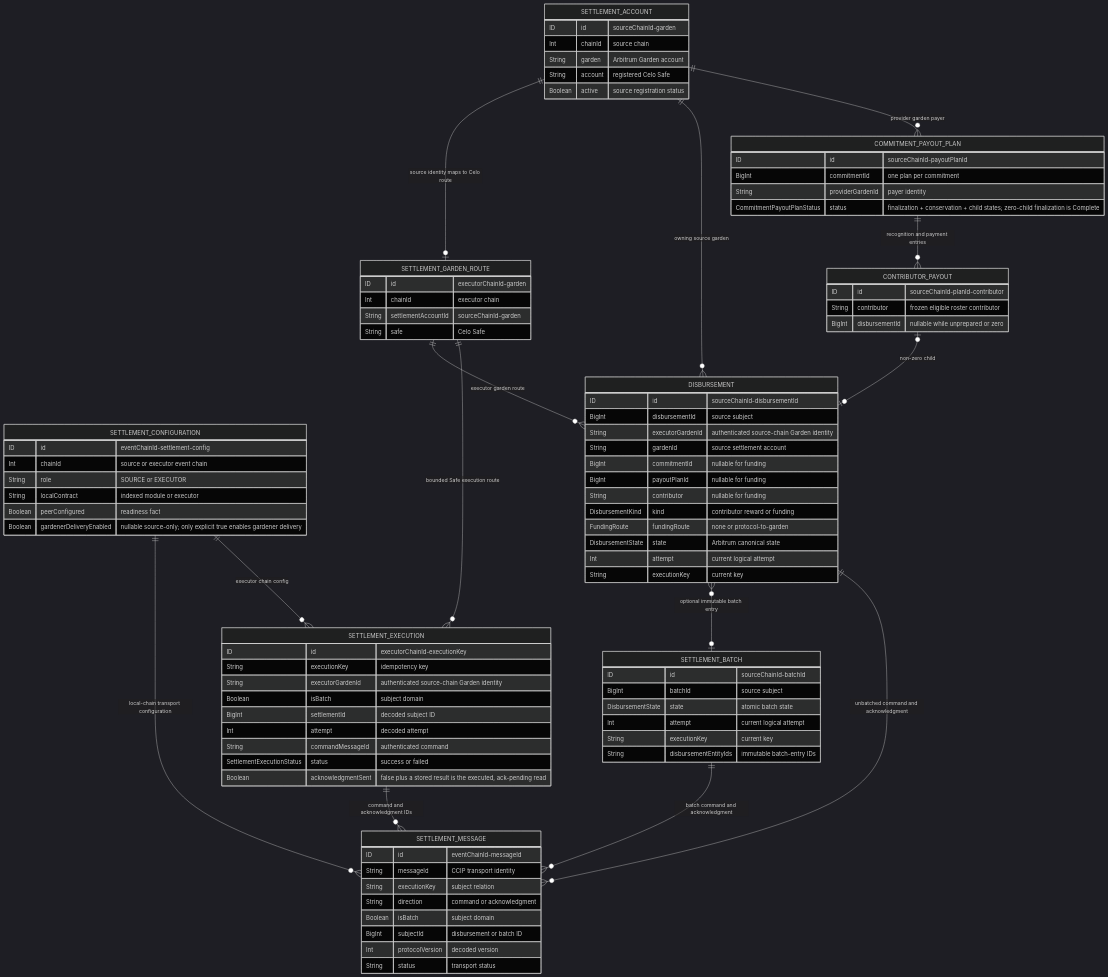
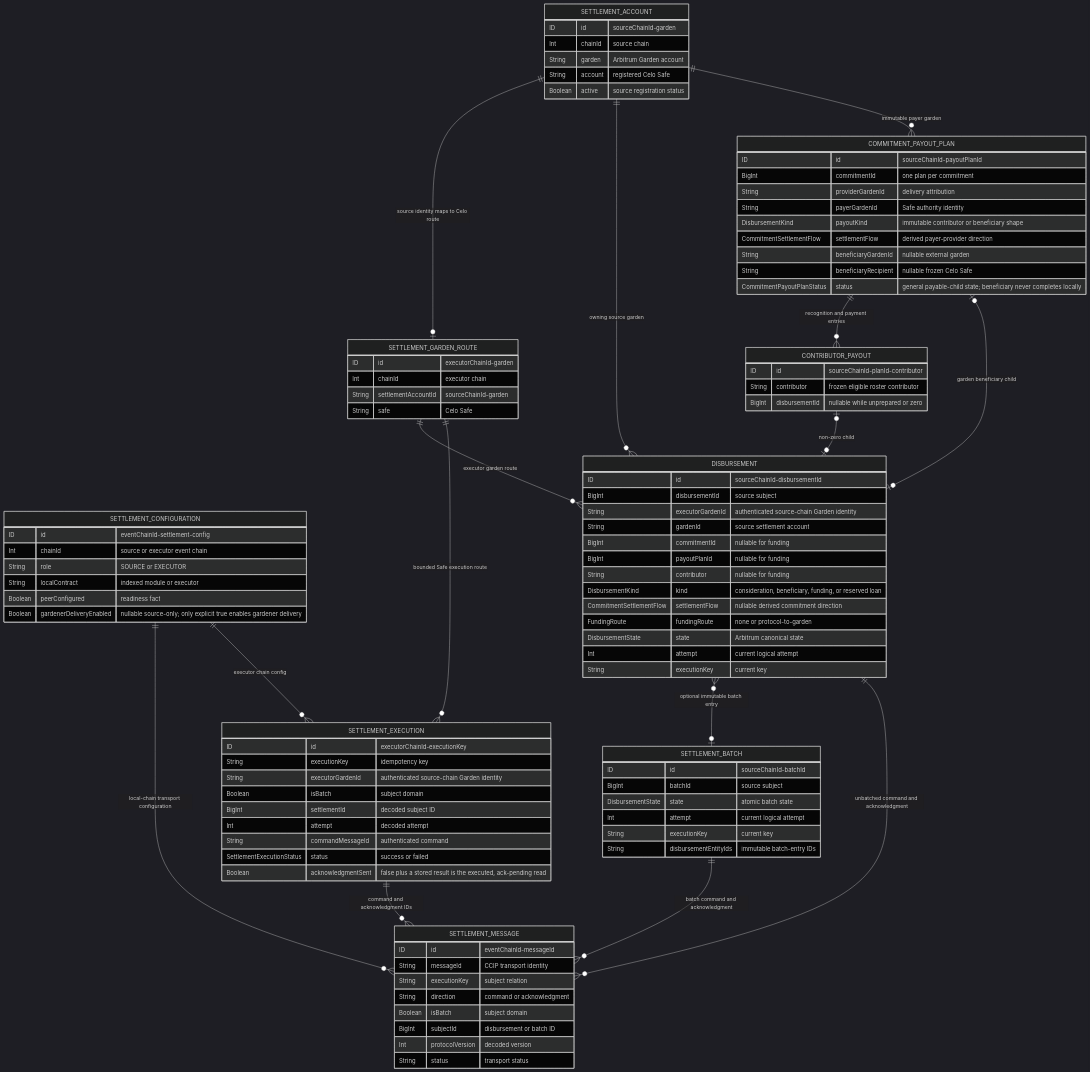
Diagram 29 of 42 in .plans/active/commitment-pooling/diagrams.md (greenpill-dev-guild/green-goods), drawn with Mermaid (dark theme) before and after one commit. The commit also changed other lines of this file and 38 other files, not shown here.

First line of the commit message:
docs(claude): record the payer correction and settlement completion

```diff
--- a/.plans/active/commitment-pooling/diagrams.md
+++ b/.plans/active/commitment-pooling/diagrams.md
@@ -1750,7 +1752,8 @@
   SETTLEMENT_GARDEN_ROUTE ||--o{ SETTLEMENT_EXECUTION : "bounded Safe execution route"
   COMMITMENT_PAYOUT_PLAN ||--o{ CONTRIBUTOR_PAYOUT : "recognition and payment entries"
   CONTRIBUTOR_PAYOUT |o--o| DISBURSEMENT : "non-zero child"
-  SETTLEMENT_ACCOUNT ||--o{ COMMITMENT_PAYOUT_PLAN : "provider garden payer"
+  COMMITMENT_PAYOUT_PLAN |o--o| DISBURSEMENT : "garden beneficiary child"
+  SETTLEMENT_ACCOUNT ||--o{ COMMITMENT_PAYOUT_PLAN : "immutable payer garden"
   DISBURSEMENT }o--o| SETTLEMENT_BATCH : "optional immutable batch entry"
   DISBURSEMENT ||--o{ SETTLEMENT_MESSAGE : "unbatched command and acknowledgment"
   SETTLEMENT_BATCH ||--o{ SETTLEMENT_MESSAGE : "batch command and acknowledgment"
@@ -1785,7 +1788,8 @@
     BigInt commitmentId "nullable for funding"
     BigInt payoutPlanId "nullable for funding"
     String contributor "nullable for funding"
-    DisbursementKind kind "contributor reward or funding"
+    DisbursementKind kind "consideration, beneficiary, funding, or reserved loan"
+    CommitmentSettlementFlow settlementFlow "nullable derived commitment direction"
     FundingRoute fundingRoute "none or protocol-to-garden"
     DisbursementState state "Arbitrum canonical state"
     Int attempt "current logical attempt"
@@ -1794,8 +1798,13 @@
   COMMITMENT_PAYOUT_PLAN {
     ID id "sourceChainId-payoutPlanId"
     BigInt commitmentId "one plan per commitment"
-    String providerGardenId "payer identity"
-    CommitmentPayoutPlanStatus status "finalization + conservation + child states; zero-child finalization is Complete"
+    String providerGardenId "delivery attribution"
+    String payerGardenId "Safe authority identity"
+    DisbursementKind payoutKind "immutable contributor or beneficiary shape"
+    CommitmentSettlementFlow settlementFlow "derived payer-provider direction"
+    String beneficiaryGardenId "nullable external garden"
+    String beneficiaryRecipient "nullable frozen Celo Safe"
+    CommitmentPayoutPlanStatus status "general payable-child state; beneficiary never completes locally"
   }
   CONTRIBUTOR_PAYOUT {
     ID id "sourceChainId-planId-contributor"
```
